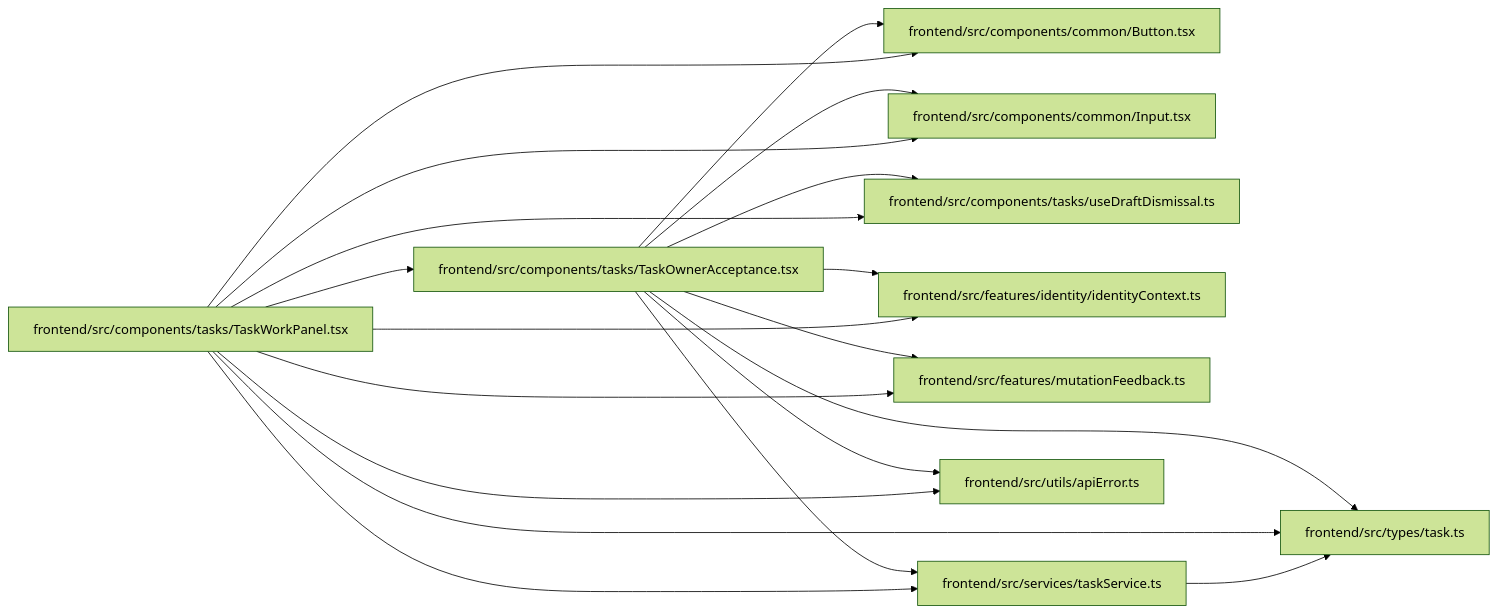
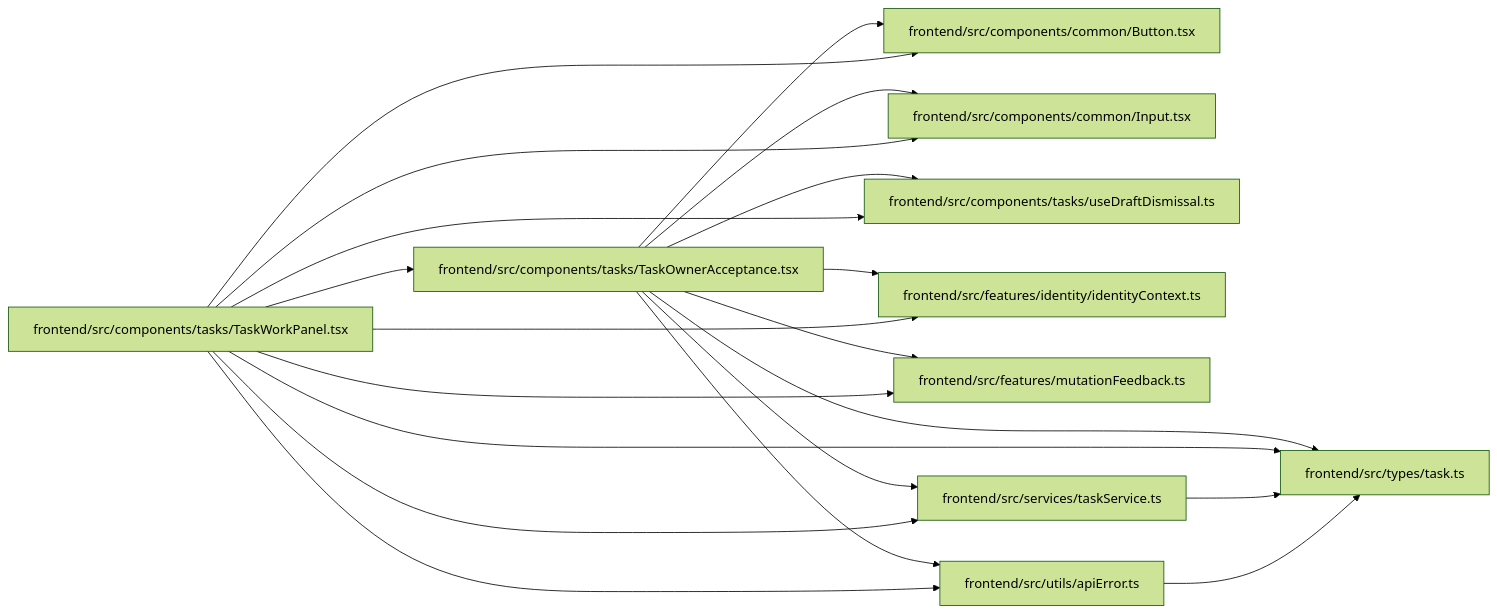
Before and after one commit to Denissvgn/WorkChord: the diagram in docs/llm_wiki/modules/TaskOwnerAcceptance.md, drawn with Mermaid (forest theme). The commit also changed 733 other files, not shown here.

Commit message:
Sync the architectural wiki for refusal next steps

````diff
--- a/docs/llm_wiki/modules/TaskOwnerAcceptance.md
+++ b/docs/llm_wiki/modules/TaskOwnerAcceptance.md
@@ -37,41 +37,42 @@
 ```mermaid
 flowchart LR
     n0["frontend/src/components/common/Button.tsx"]
     n1["frontend/src/components/common/Input.tsx"]
     n2["frontend/src/components/tasks/TaskOwnerAcceptance.tsx"]
     n3["frontend/src/components/tasks/TaskWorkPanel.tsx"]
     n4["frontend/src/components/tasks/useDraftDismissal.ts"]
     n5["frontend/src/features/identity/identityContext.ts"]
     n6["frontend/src/features/mutationFeedback.ts"]
     n7["frontend/src/services/taskService.ts"]
     n8["frontend/src/types/task.ts"]
     n9["frontend/src/utils/apiError.ts"]
     n2 --> n0
     n2 --> n1
     n2 --> n4
     n2 --> n5
     n2 --> n6
     n2 --> n7
     n2 --> n8
     n2 --> n9
     n3 --> n0
     n3 --> n1
     n3 --> n2
     n3 --> n4
     n3 --> n5
     n3 --> n6
     n3 --> n7
     n3 --> n8
     n3 --> n9
     n7 --> n8
+    n9 --> n8
     click n0 "../modules/Button.md"
     click n1 "../modules/Input.md"
     click n2 "../modules/TaskOwnerAcceptance.md"
     click n3 "../modules/TaskWorkPanel.md"
     click n4 "../modules/useDraftDismissal.md"
     click n5 "../modules/identityContext.md"
     click n6 "../modules/mutationFeedback.md"
     click n7 "../modules/taskService.md"
     click n8 "../modules/types_task.md"
     click n9 "../modules/apiError.md"
 ```
````
